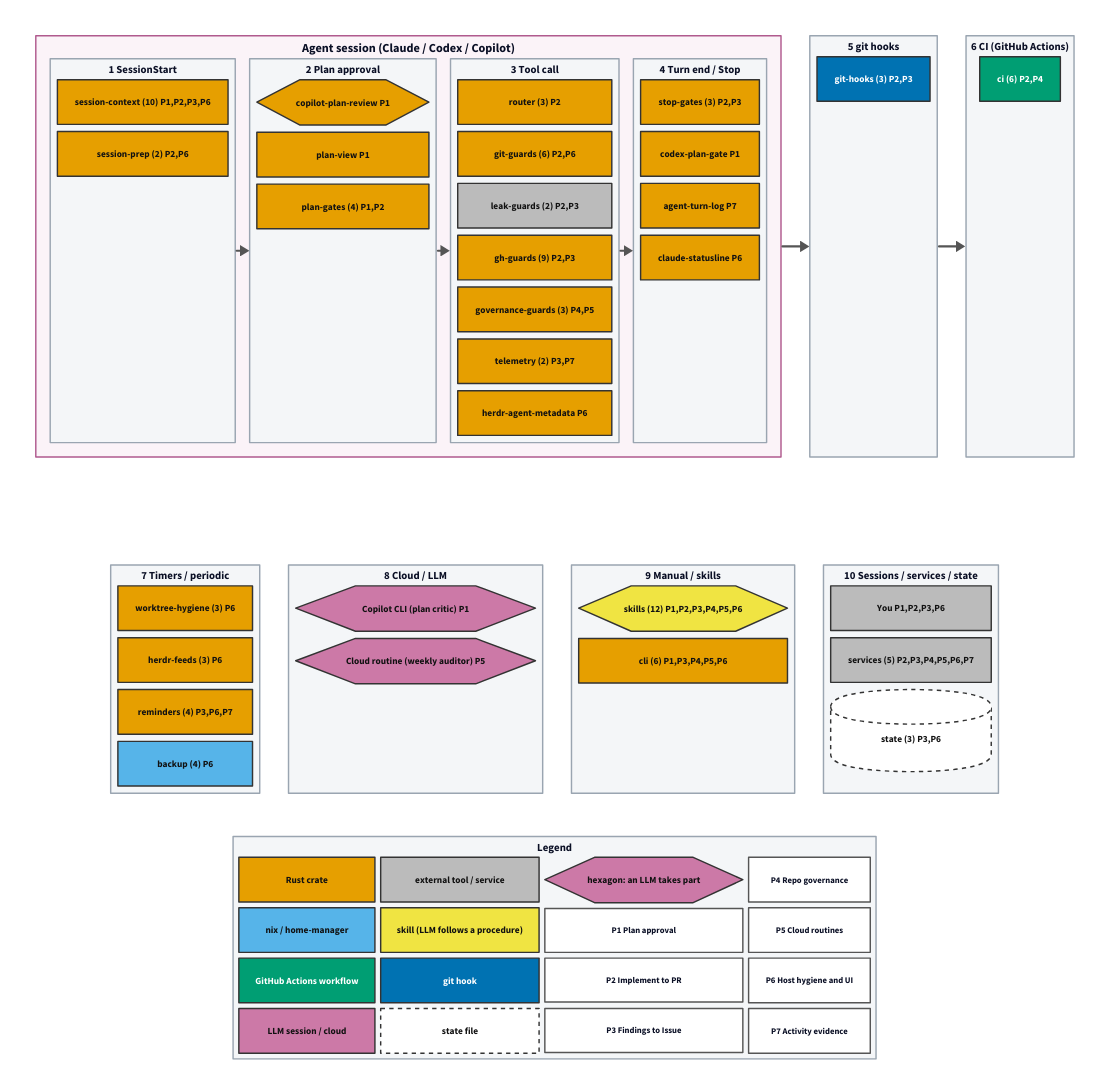
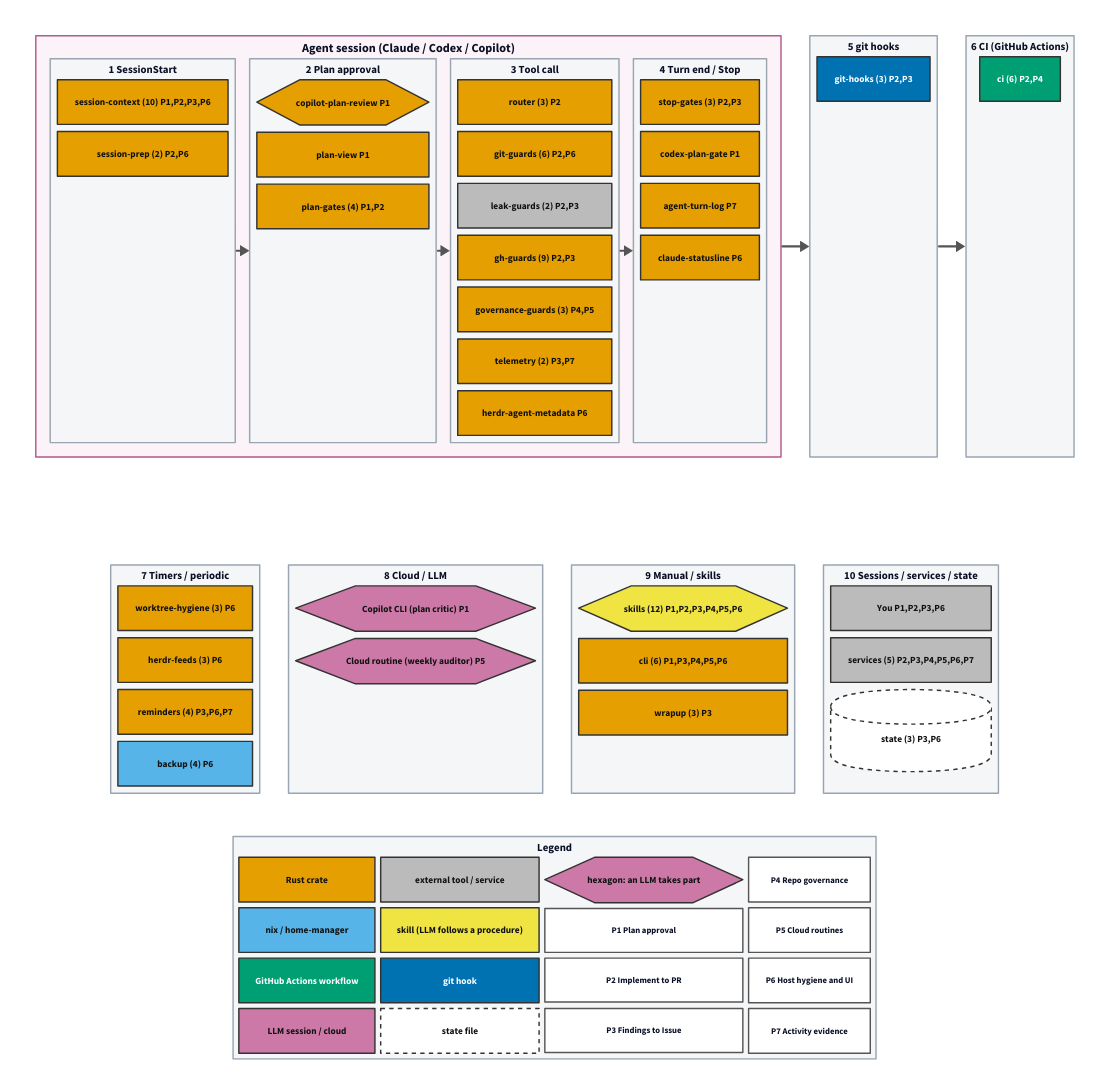
One commit to tarotene/dotfiles changed the diagram in docs/assets/pipeline-map/overview.d2. Above: the diagram before and after it, drawn with D2. The commit also changed 955 other files, not shown here.

```diff
--- a/docs/assets/pipeline-map/overview.d2
+++ b/docs/assets/pipeline-map/overview.d2
@@ -307,6 +307,9 @@
     g_cli: "cli (6)  P1,P3,P4,P5,P6" {
       class: s_rust
     }
+    g_wrapup: "wrapup (3)  P3" {
+      class: s_rust
+    }
   }
   l_external: "10  Sessions / services / state" {
     class: lane
```
